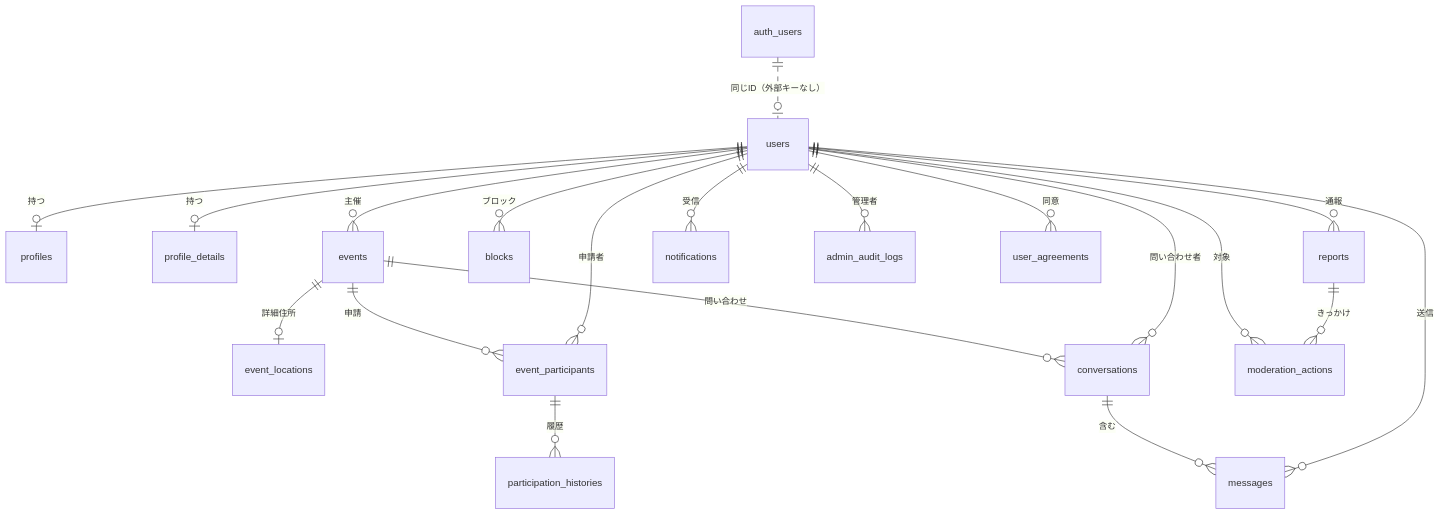
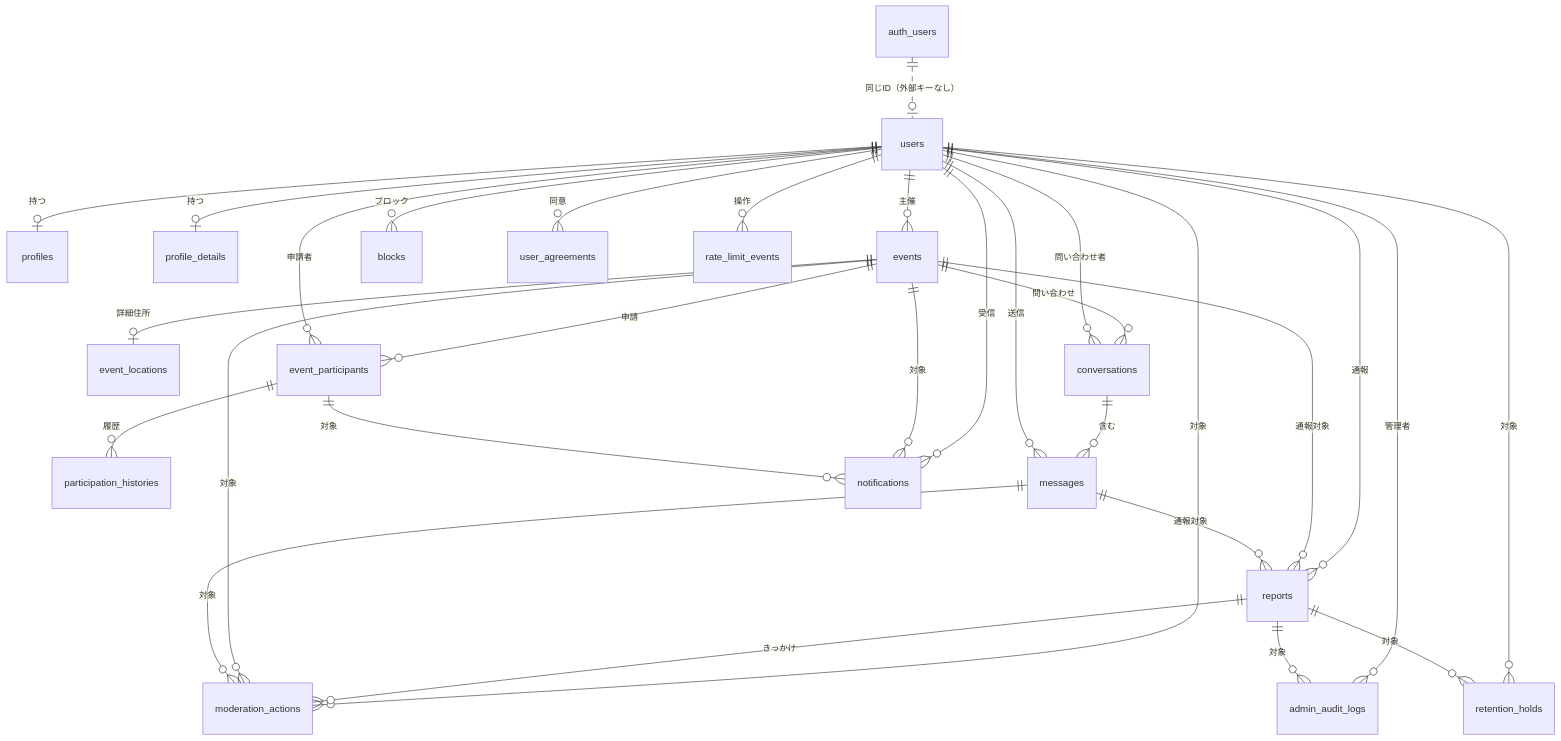
Before and after one commit to sysnovastudio-byte/nagoya-volleyball-matching: the first of 2 diagrams in docs/06_データベース設計.md, drawn with Mermaid. The commit also changed other lines of this file, not shown here.

````diff
--- a/docs/06_データベース設計.md
+++ b/docs/06_データベース設計.md
@@ -61,22 +63,32 @@
 ```mermaid
 erDiagram
     auth_users ||..o| users : "同じID（外部キーなし）"
     users ||--o| profiles : "持つ"
     users ||--o| profile_details : "持つ"
     users ||--o{ events : "主催"
     events ||--o| event_locations : "詳細住所"
     events ||--o{ event_participants : "申請"
     users ||--o{ event_participants : "申請者"
     event_participants ||--o{ participation_histories : "履歴"
     events ||--o{ conversations : "問い合わせ"
     users ||--o{ conversations : "問い合わせ者"
     conversations ||--o{ messages : "含む"
     users ||--o{ messages : "送信"
     users ||--o{ blocks : "ブロック"
     users ||--o{ reports : "通報"
     users ||--o{ notifications : "受信"
     users ||--o{ moderation_actions : "対象"
     reports ||--o{ moderation_actions : "きっかけ"
     users ||--o{ admin_audit_logs : "管理者"
     users ||--o{ user_agreements : "同意"
+    events ||--o{ reports : "通報対象"
+    messages ||--o{ reports : "通報対象"
+    events ||--o{ notifications : "対象"
+    event_participants ||--o{ notifications : "対象"
+    events ||--o{ moderation_actions : "対象"
+    messages ||--o{ moderation_actions : "対象"
+    reports ||--o{ admin_audit_logs : "対象"
+    users ||--o{ rate_limit_events : "操作"
+    users ||--o{ retention_holds : "対象"
+    reports ||--o{ retention_holds : "対象"
 ```
````
